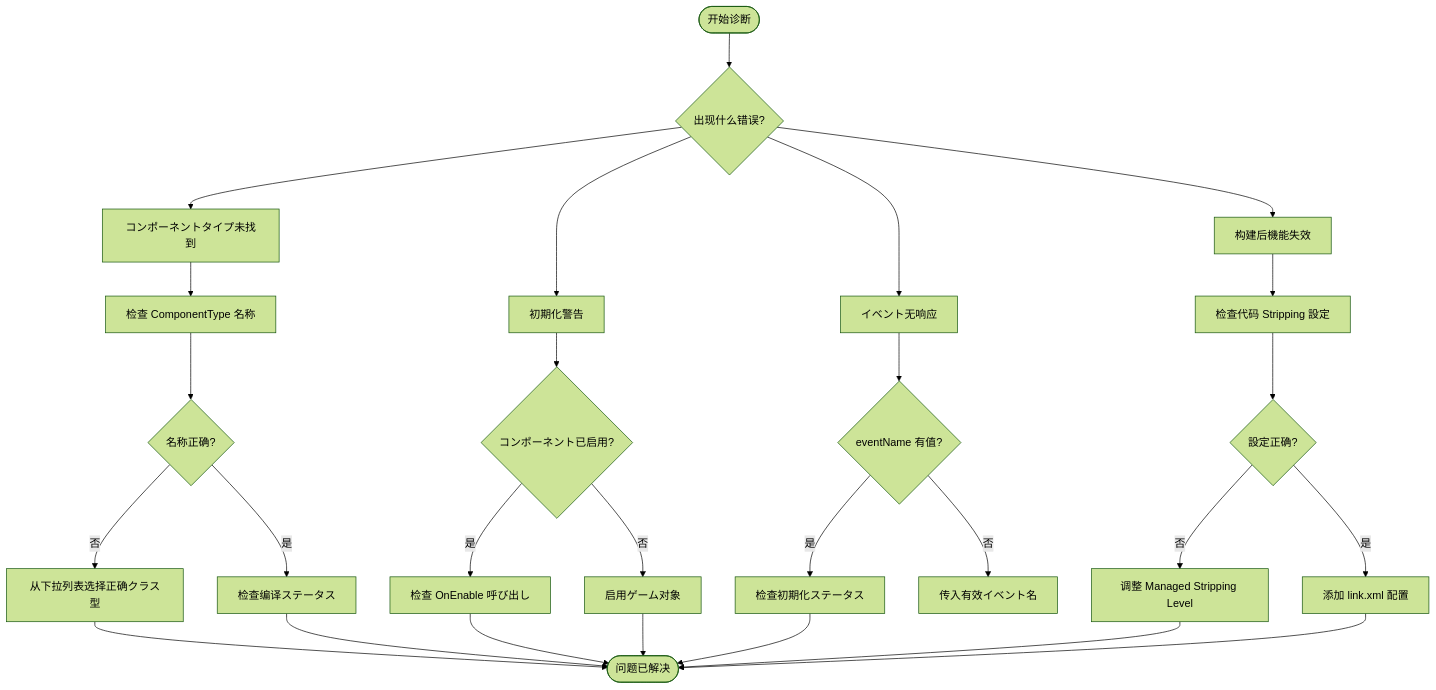
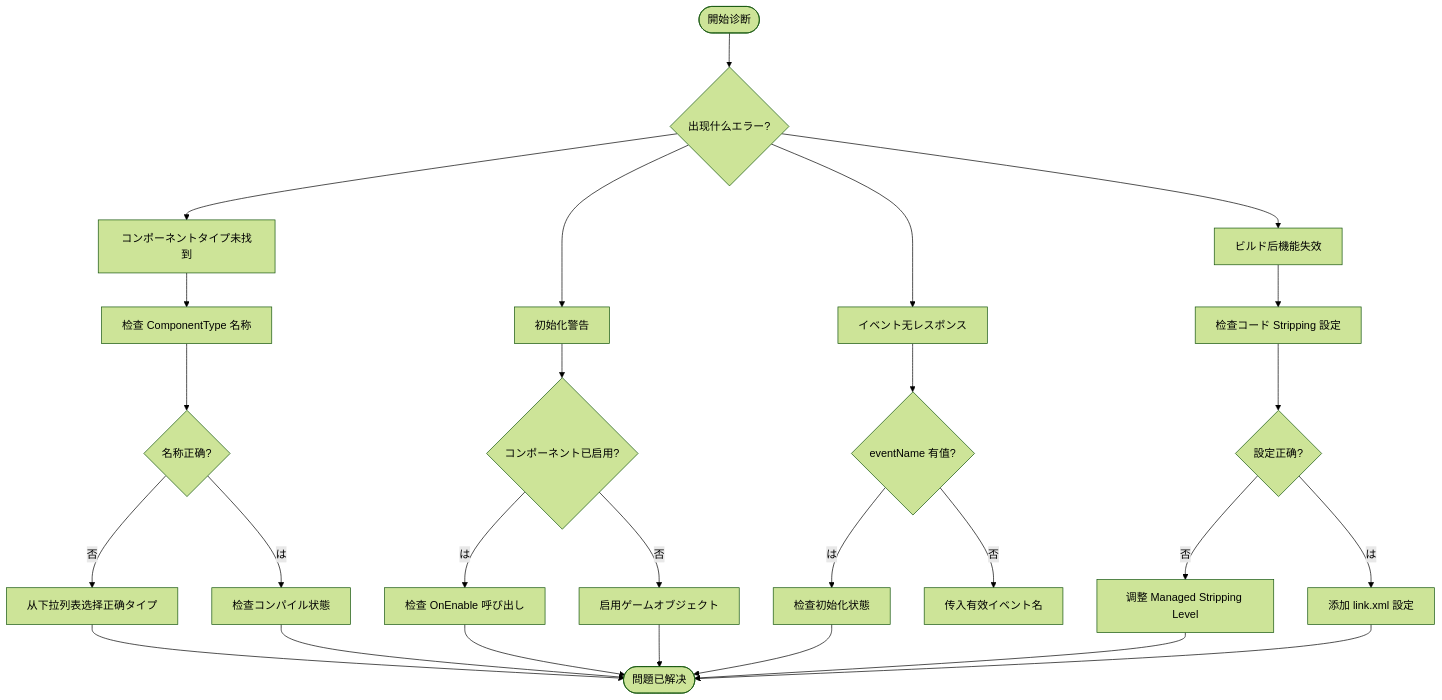
The diagram in docs/ja/client/unity/component/gameanalytics/07.troubleshooting.md (AlianBlank/GameFrameX.Docs), drawn with Mermaid (forest theme) before and after one commit. The commit also changed other lines of this file and 320 other files, not shown here.

````diff
--- a/docs/ja/client/unity/component/gameanalytics/07.troubleshooting.md
+++ b/docs/ja/client/unity/component/gameanalytics/07.troubleshooting.md
@@ -151,34 +151,34 @@
 ```mermaid
 flowchart TD
-    A([开始诊断]) --> B{出现什么错误?}
+    A([開始诊断]) --> B{出现什么エラー?}
     B --> C[コンポーネントタイプ未找到]
-    B --> D[初期化警告]
-    B --> E[イベント无响应]
-    B --> F[构建后機能失效]
+    B --> D[初始化警告]
+    B --> E[イベント无レスポンス]
+    B --> F[ビルド后機能失效]
 
     C --> C1[检查 ComponentType 名称]
     C1 --> C2{名称正确?}
-    C2 -->|是| C3[检查编译ステータス]
-    C2 -->|否| C4[从下拉列表选择正确クラス型]
+    C2 -->|は| C3[检查コンパイル状態]
+    C2 -->|否| C4[从下拉列表选择正确タイプ]
 
     D --> D1{コンポーネント已启用?}
-    D1 -->|是| D2[检查 OnEnable 呼び出し]
-    D1 -->|否| D3[启用ゲーム对象]
+    D1 -->|は| D2[检查 OnEnable 呼び出し]
+    D1 -->|否| D3[启用ゲームオブジェクト]
 
     E --> E1{eventName 有值?}
-    E1 -->|是| E2[检查初期化ステータス]
+    E1 -->|は| E2[检查初始化状態]
     E1 -->|否| E4[传入有效イベント名]
 
-    F --> F1[检查代码 Stripping 設定]
+    F --> F1[检查コード Stripping 設定]
     F1 --> F2{設定正确?}
     F2 -->|否| F3[调整 Managed Stripping Level]
-    F2 -->|是| F4[添加 link.xml 配置]
+    F2 -->|は| F4[添加 link.xml 設定]
 
-    C4 --> G([问题已解决])
+    C4 --> G([問題已解决])
     C3 --> G
     D2 --> G
     D3 --> G
     E2 --> G
     F3 --> G
     F4 --> G
 ```
````
